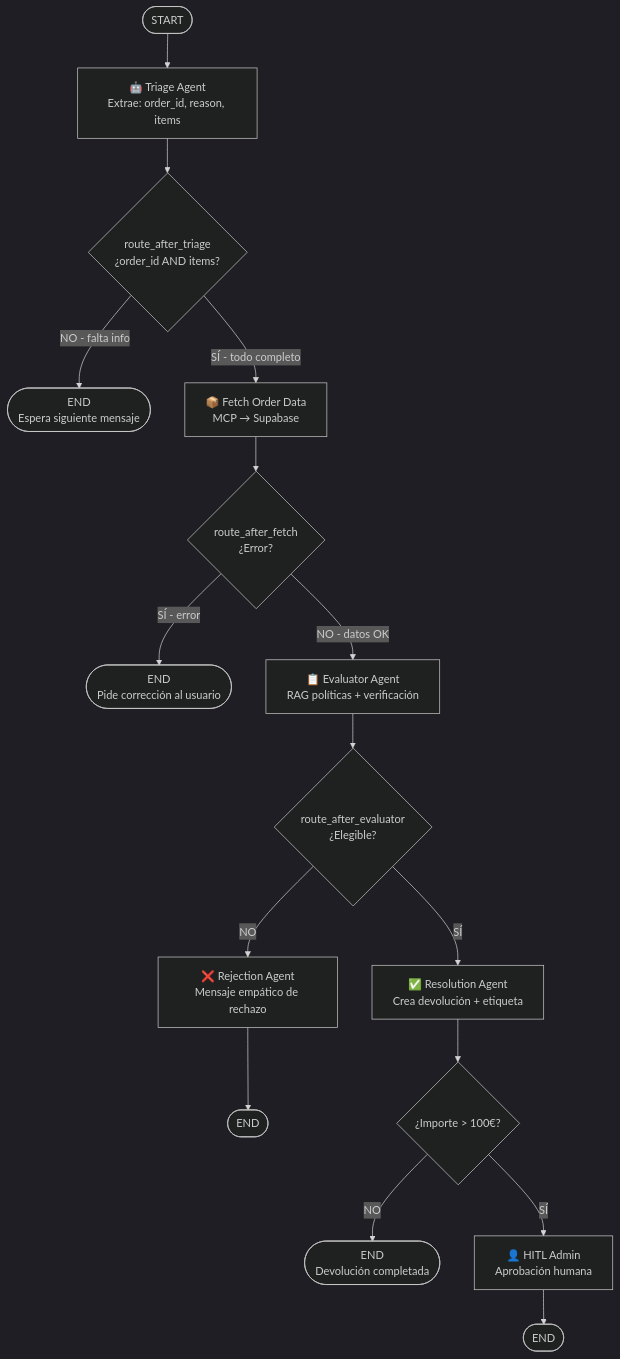
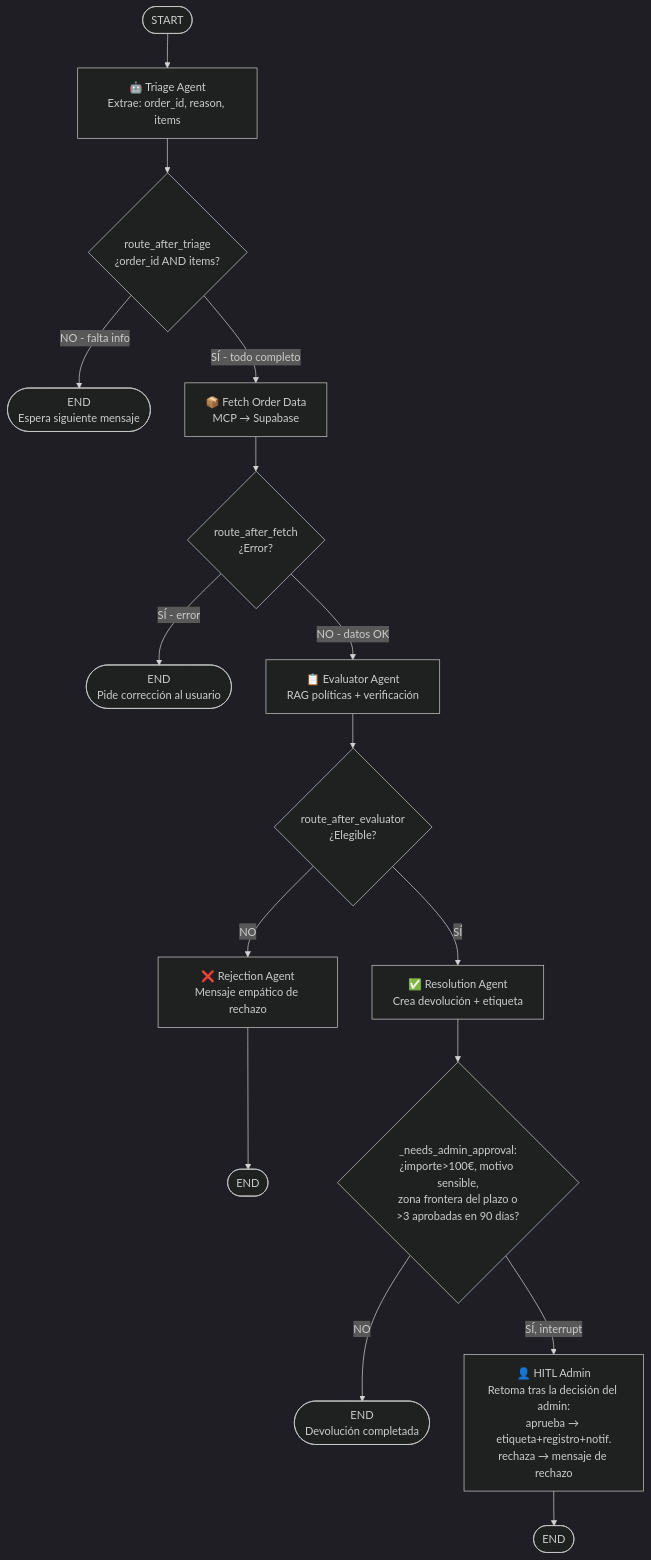
Before and after one commit to ReFlowTFMGrupo11/CopilotPosventaAutonoGestInteligenteDevolucion: the first of 3 diagrams in docs/graph_diagram.md, drawn with Mermaid (dark theme). The commit also changed other lines of this file and 20 other files, not shown here.

````diff
--- a/docs/graph_diagram.md
+++ b/docs/graph_diagram.md
@@ -5,27 +5,27 @@
 ```mermaid
 graph TD
     START([START]) --> TRIAGE[🤖 Triage Agent<br/>Extrae: order_id, reason, items]
     
     TRIAGE --> ROUTE_T{route_after_triage<br/>¿order_id AND items?}
     
     ROUTE_T -->|NO - falta info| END_WAIT([END<br/>Espera siguiente mensaje])
     ROUTE_T -->|SÍ - todo completo| FETCH[📦 Fetch Order Data<br/>MCP → Supabase]
     
     FETCH --> ROUTE_F{route_after_fetch<br/>¿Error?}
     
     ROUTE_F -->|SÍ - error| END_ERR([END<br/>Pide corrección al usuario])
     ROUTE_F -->|NO - datos OK| EVAL[📋 Evaluator Agent<br/>RAG políticas + verificación]
     
     EVAL --> ROUTE_E{route_after_evaluator<br/>¿Elegible?}
     
     ROUTE_E -->|NO| REJECT[❌ Rejection Agent<br/>Mensaje empático de rechazo]
     ROUTE_E -->|SÍ| RESOLVER[✅ Resolution Agent<br/>Crea devolución + etiqueta]
     
     REJECT --> END_R([END])
     
-    RESOLVER --> ROUTE_HITL{¿Importe > 100€?}
+    RESOLVER --> ROUTE_HITL{_needs_admin_approval:<br/>¿importe>100€, motivo sensible,<br/>zona frontera del plazo o<br/>>3 aprobadas en 90 días?}
     ROUTE_HITL -->|NO| END_OK([END<br/>Devolución completada])
-    ROUTE_HITL -->|SÍ| HITL[👤 HITL Admin<br/>Aprobación humana]
+    ROUTE_HITL -->|SÍ, interrupt| HITL[👤 HITL Admin<br/>Retoma tras la decisión del admin:<br/>aprueba → etiqueta+registro+notif.<br/>rechaza → mensaje de rechazo]
     
     HITL --> END_HITL([END])
 ```
````
